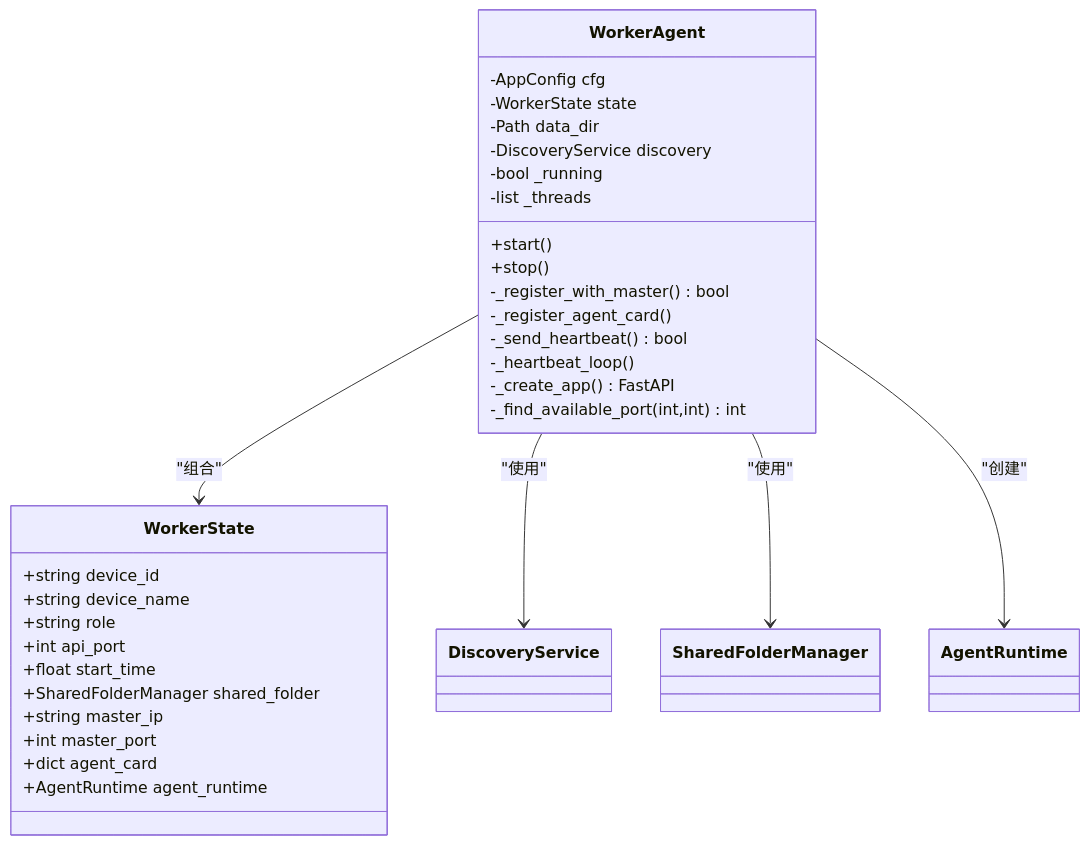
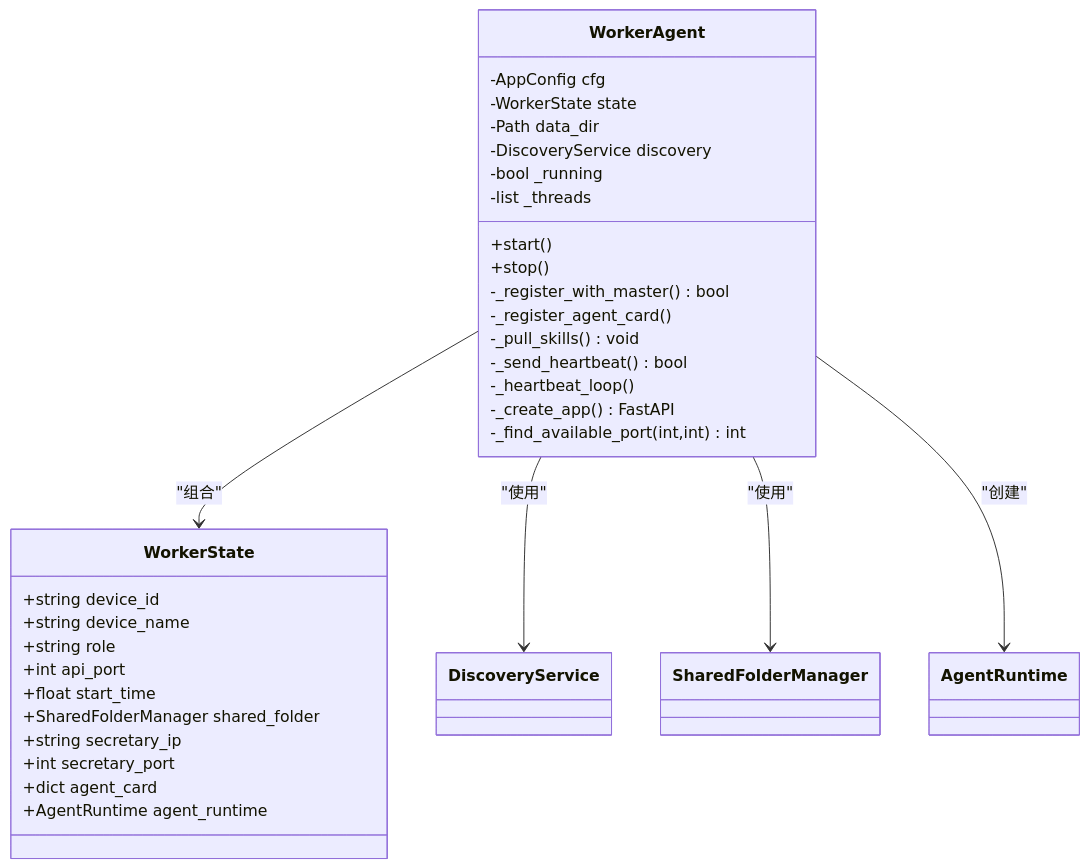
Before and after one commit to targalian/Personal-distributed-workstation: the third of 11 diagrams in .qoder/repowiki/zh/content/架构设计/Worker 代理/Worker 代理.md, drawn with Mermaid. The commit also changed other lines of this file and 92 other files, not shown here.

````diff
--- a/.qoder/repowiki/zh/content/架构设计/Worker 代理/Worker 代理.md
+++ b/.qoder/repowiki/zh/content/架构设计/Worker 代理/Worker 代理.md
@@ -157,35 +178,36 @@
 ```mermaid
 classDiagram
 class WorkerState {
 +string device_id
 +string device_name
 +string role
 +int api_port
 +float start_time
 +SharedFolderManager shared_folder
-+string master_ip
-+int master_port
++string secretary_ip
++int secretary_port
 +dict agent_card
 +AgentRuntime agent_runtime
 }
 class WorkerAgent {
 -AppConfig cfg
 -WorkerState state
 -Path data_dir
 -DiscoveryService discovery
 -bool _running
 -list _threads
 +start()
 +stop()
 -_register_with_master() bool
 -_register_agent_card()
+-_pull_skills() void
 -_send_heartbeat() bool
 -_heartbeat_loop()
 -_create_app() FastAPI
 -_find_available_port(int,int) int
 }
 WorkerAgent --> WorkerState : "组合"
 WorkerAgent --> DiscoveryService : "使用"
 WorkerAgent --> SharedFolderManager : "使用"
 WorkerAgent --> AgentRuntime : "创建"
 ```
````
